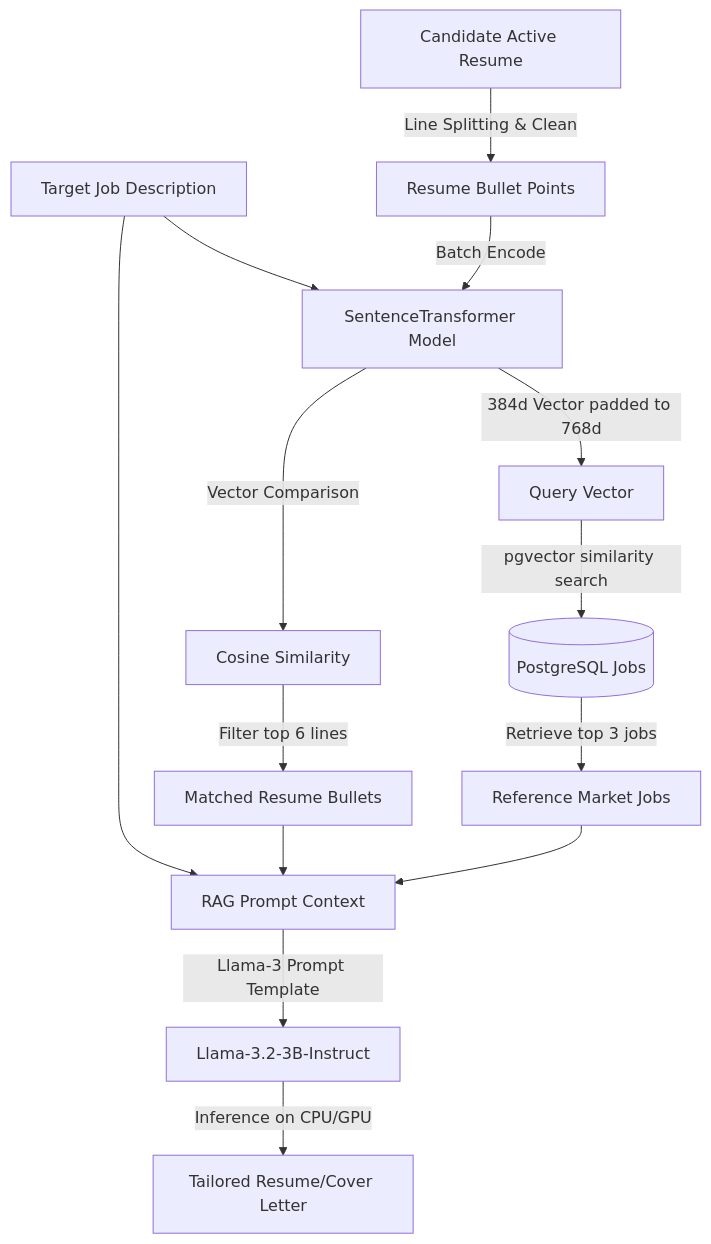
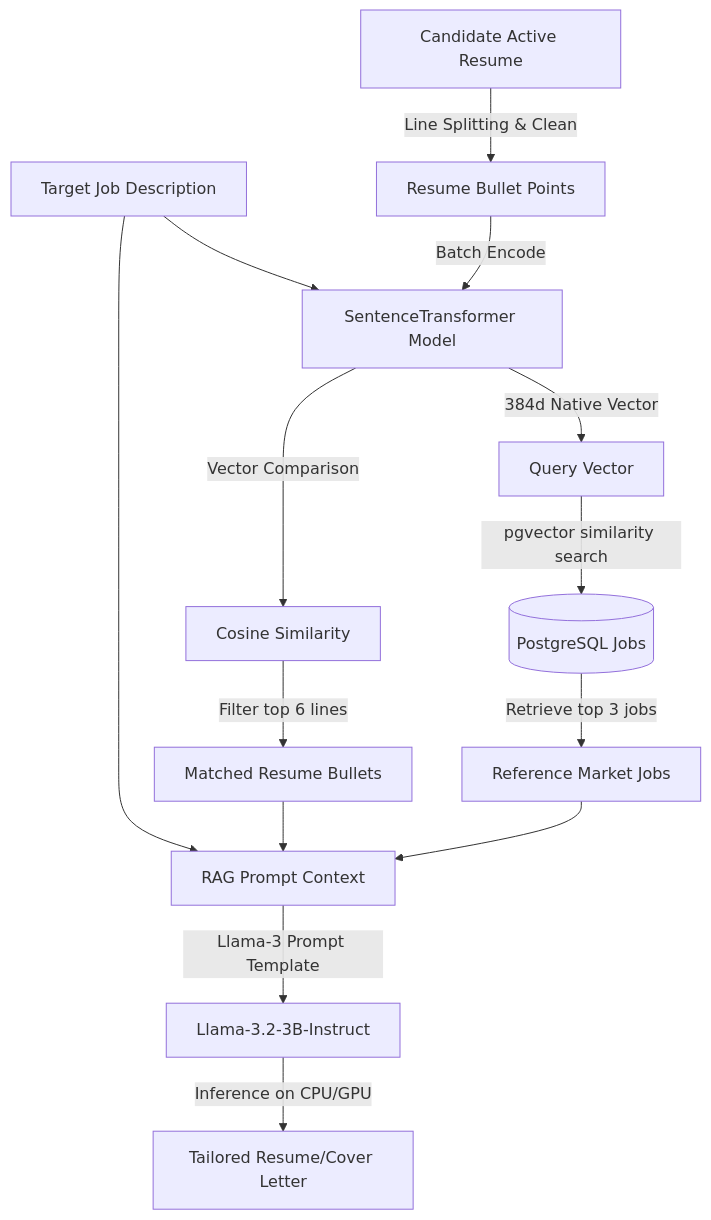
One commit to ShrishPC/Job-Scout changed the diagram in docs/rag_architecture.md. Above: the diagram before and after it, drawn with Mermaid. The commit also changed other lines of this file and 7 other files, not shown here.

Commit message:
docs(phase-1): align documentation with 384-d vectors, chunked streaming, and live architecture

````diff
--- a/docs/rag_architecture.md
+++ b/docs/rag_architecture.md
@@ -8,22 +8,22 @@
 ```mermaid
 graph TD
     JD[Target Job Description] --> EMB[SentenceTransformer Model]
-    EMB --> |384d Vector padded to 768d| Q_VEC[Query Vector]
+    EMB --> |384d Native Vector| Q_VEC[Query Vector]
     
     %% DB Retrieval
     Q_VEC --> |pgvector similarity search| DB_JOBS[(PostgreSQL Jobs)]
     DB_JOBS --> |Retrieve top 3 jobs| REF_JOBS[Reference Market Jobs]
     
     %% Resume Retrieval
     RESUME[Candidate Active Resume] --> |Line Splitting & Clean| RES_LINES[Resume Bullet Points]
     RES_LINES --> |Batch Encode| EMB
     EMB --> |Vector Comparison| SIM_SCORE[Cosine Similarity]
     SIM_SCORE --> |Filter top 6 lines| MATCH_EXP[Matched Resume Bullets]
     
     %% Generation
     REF_JOBS --> PROMPT[RAG Prompt Context]
     MATCH_EXP --> PROMPT
     JD --> PROMPT
     PROMPT --> |Llama-3 Prompt Template| LLM[Llama-3.2-3B-Instruct]
     LLM --> |Inference on CPU/GPU| OUT[Tailored Resume/Cover Letter]
 ```
````
